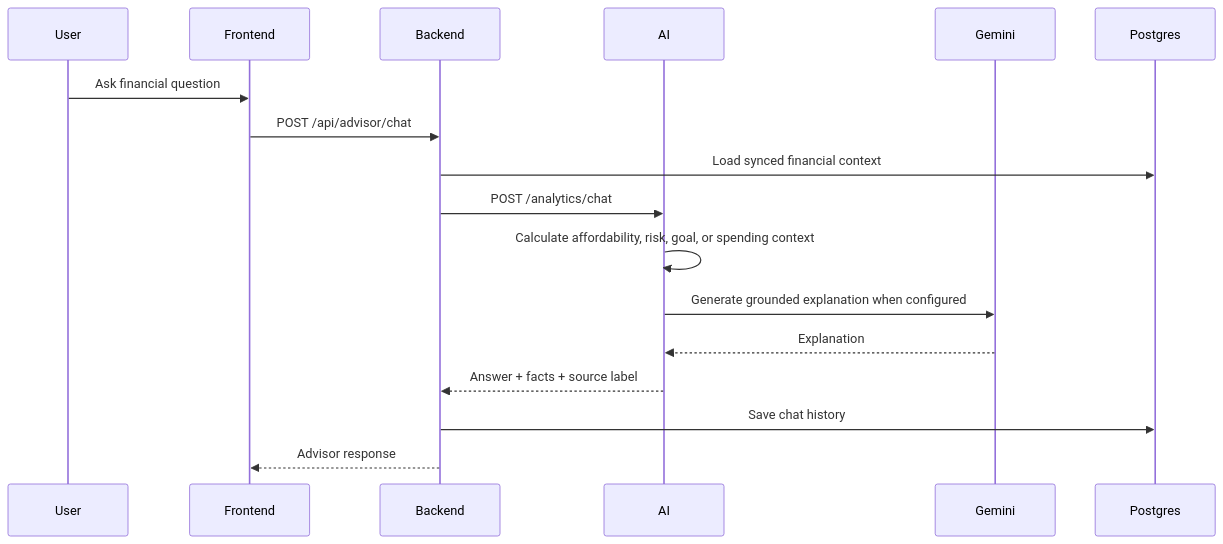
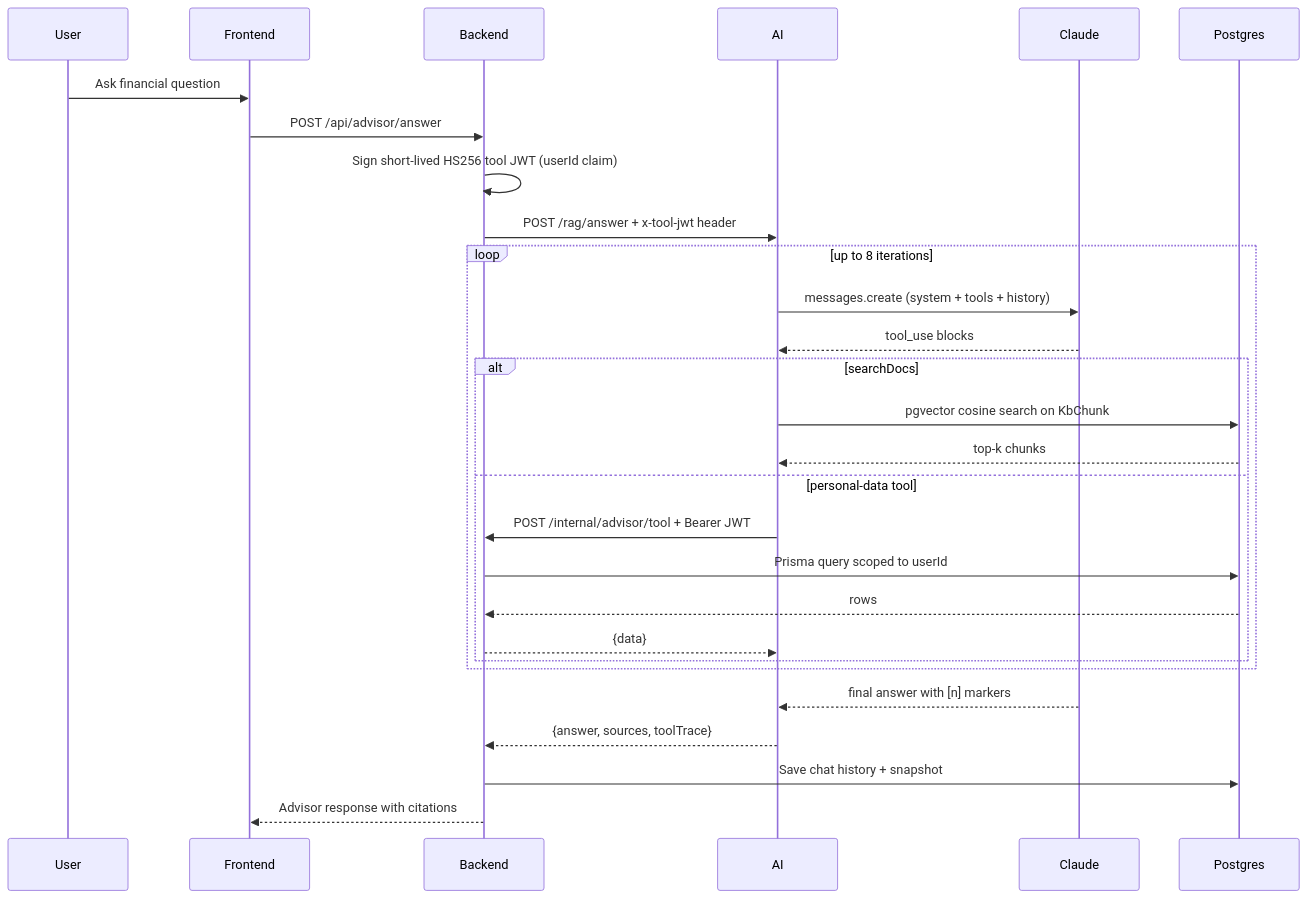
The fourth of 4 diagrams in ARCHITECTURE.md (robokopftww/FinSight), drawn with Mermaid before and after one commit. The commit also changed other lines of this file and 2 other files, not shown here.

Commit message:
docs: sweep Gemini references from SETUP, DEPLOYMENT, ARCHITECTURE
Replace legacy Gemini config with the current RAG stack (Anthropic
Claude Haiku, OpenAI embeddings, pgvector) across setup, deployment,
and architecture docs. Update the advisor sequence diagram to show
the JWT-signed tool round-trip and rename the AI service API entry
from /analytics/chat to /rag/answer.

````diff
--- a/ARCHITECTURE.md
+++ b/ARCHITECTURE.md
@@ -108,20 +113,31 @@
 ```mermaid
 sequenceDiagram
     participant User
     participant Frontend
     participant Backend
     participant AI
-    participant Gemini
+    participant Claude
     participant Postgres
 
     User->>Frontend: Ask financial question
-    Frontend->>Backend: POST /api/advisor/chat
-    Backend->>Postgres: Load synced financial context
-    Backend->>AI: POST /analytics/chat
-    AI->>AI: Calculate affordability, risk, goal, or spending context
-    AI->>Gemini: Generate grounded explanation when configured
-    Gemini-->>AI: Explanation
-    AI-->>Backend: Answer + facts + source label
-    Backend->>Postgres: Save chat history
-    Backend-->>Frontend: Advisor response
+    Frontend->>Backend: POST /api/advisor/answer
+    Backend->>Backend: Sign short-lived HS256 tool JWT (userId claim)
+    Backend->>AI: POST /rag/answer + x-tool-jwt header
+    loop up to 8 iterations
+        AI->>Claude: messages.create (system + tools + history)
+        Claude-->>AI: tool_use blocks
+        alt searchDocs
+            AI->>Postgres: pgvector cosine search on KbChunk
+            Postgres-->>AI: top-k chunks
+        else personal-data tool
+            AI->>Backend: POST /internal/advisor/tool + Bearer JWT
+            Backend->>Postgres: Prisma query scoped to userId
+            Postgres-->>Backend: rows
+            Backend-->>AI: {data}
+        end
+    end
+    Claude-->>AI: final answer with [n] markers
+    AI-->>Backend: {answer, sources, toolTrace}
+    Backend->>Postgres: Save chat history + snapshot
+    Backend-->>Frontend: Advisor response with citations
 ```
````
